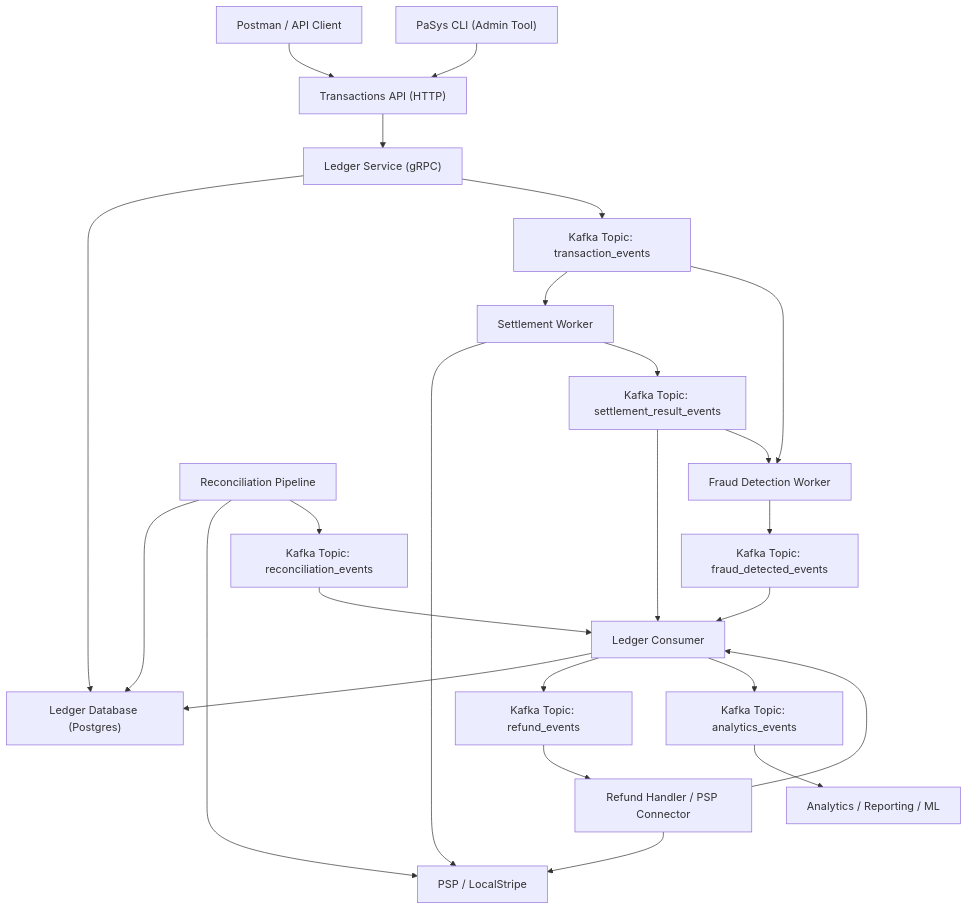
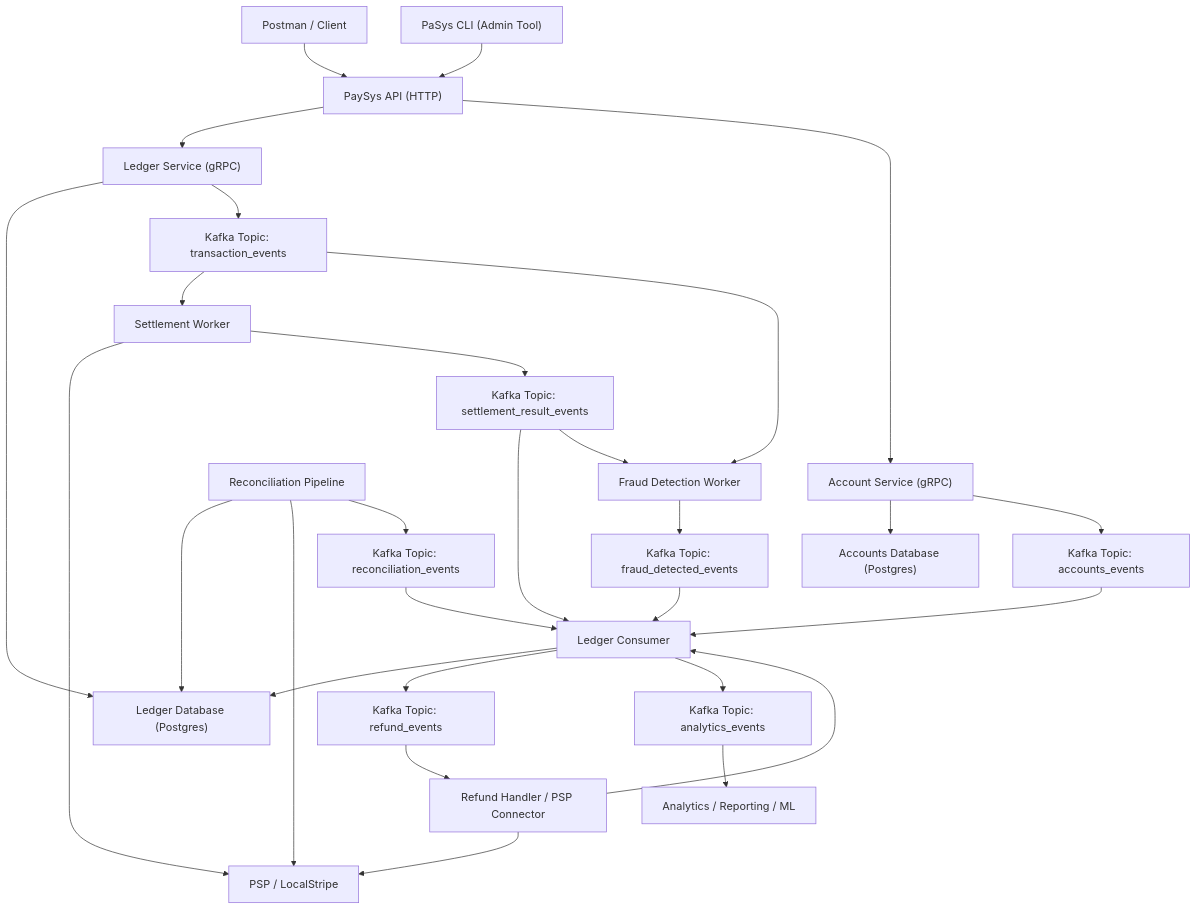
Before and after one commit to gagansingh894/pasys-rs: the first of 2 diagrams in README.md, drawn with Mermaid. The commit also changed other lines of this file and 21 other files, not shown here.

First line of the commit message:
feat: setup database scheme and ledger proto (#3)

````diff
--- a/README.md
+++ b/README.md
@@ -34,61 +34,71 @@
 ```mermaid
 flowchart TD
-    POSTMAN["Postman / API Client"]
+    POSTMAN["Postman / Client"]
     PASYS_CLI["PaSys CLI (Admin Tool)"]
-    API["Transactions API (HTTP)"]
+    API["PaySys API (HTTP)"]
+    
+    ACCOUNTS["Account Service (gRPC)"]
+    ACCOUNTS_DB["Accounts Database (Postgres)"]
 
     LEDGER["Ledger Service (gRPC)"]
     LEDGER_DB["Ledger Database (Postgres)"]
     PSP["PSP / LocalStripe"]
 
+    ACCOUNTS_EVENTS["Kafka Topic: accounts_events"]
     TX_EVENTS["Kafka Topic: transaction_events"]
     SETTLE_EVENTS["Kafka Topic: settlement_result_events"]
     FRAUD_EVENTS["Kafka Topic: fraud_detected_events"]
     RECON_EVENTS["Kafka Topic: reconciliation_events"]
     REFUND_EVENTS["Kafka Topic: refund_events"]
     ANALYTICS_EVENTS["Kafka Topic: analytics_events"]
 
     SETTLEMENT["Settlement Worker"]
     FRAUD["Fraud Detection Worker"]
     LEDGER_CONSUMER["Ledger Consumer"]
     RECONCILIATION["Reconciliation Pipeline"]
     REFUND_HANDLER["Refund Handler / PSP Connector"]
     ANALYTICS["Analytics / Reporting / ML"]
 
     %% Application flow
     POSTMAN --> API
     PASYS_CLI --> API
     API --> LEDGER
+    API --> ACCOUNTS
+    
+    %% Accounts interactions
+    ACCOUNTS --> ACCOUNTS_DB
+    ACCOUNTS --> ACCOUNTS_EVENTS
+    ACCOUNTS_EVENTS --> LEDGER_CONSUMER
 
     %% Ledger interactions
     LEDGER --> LEDGER_DB
     LEDGER --> TX_EVENTS
 
     %% Event flows
     TX_EVENTS --> SETTLEMENT
     TX_EVENTS --> FRAUD
 
     SETTLEMENT --> PSP
     SETTLEMENT --> SETTLE_EVENTS
     SETTLE_EVENTS --> LEDGER_CONSUMER
     SETTLE_EVENTS --> FRAUD
 
     FRAUD --> FRAUD_EVENTS
     FRAUD_EVENTS --> LEDGER_CONSUMER
 
     %% Reconciliation reads DB + PSP
     RECONCILIATION --> LEDGER_DB
     RECONCILIATION --> PSP
     RECONCILIATION --> RECON_EVENTS
     RECON_EVENTS --> LEDGER_CONSUMER
 
     %% Ledger Consumer updates DB
     LEDGER_CONSUMER --> LEDGER_DB
     LEDGER_CONSUMER --> REFUND_EVENTS
     REFUND_EVENTS --> REFUND_HANDLER
     REFUND_HANDLER --> PSP
     REFUND_HANDLER --> LEDGER_CONSUMER
 
     LEDGER_CONSUMER --> ANALYTICS_EVENTS
     ANALYTICS_EVENTS --> ANALYTICS
 ```
````
